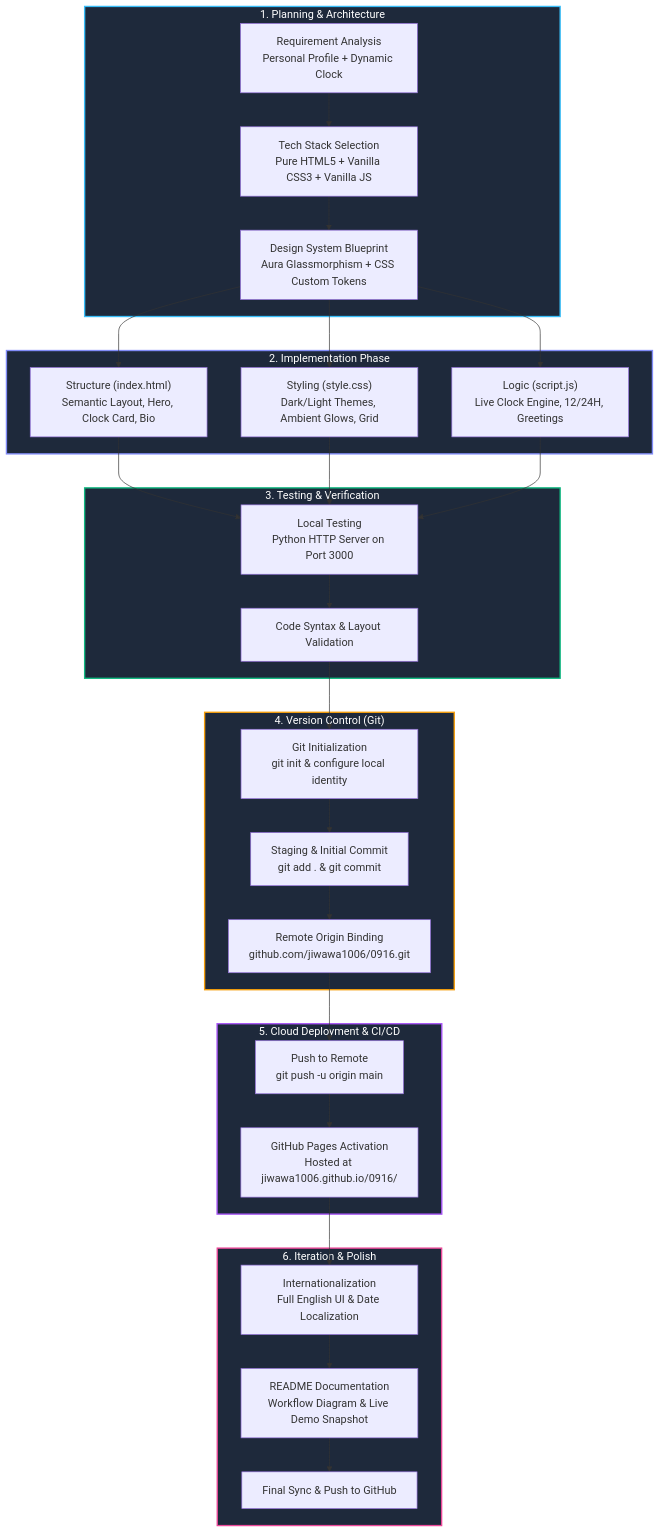
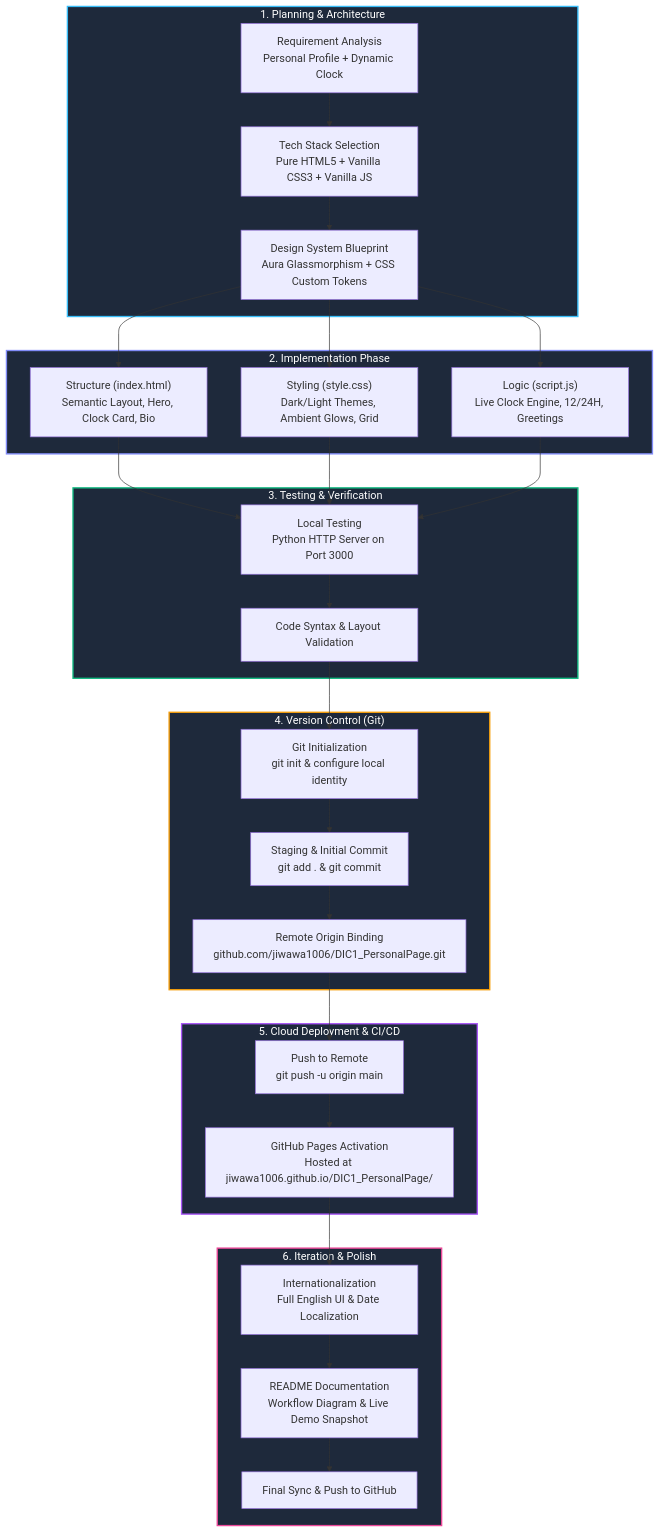
The diagram in README.md (jiwawa1006/0916), drawn with Mermaid before and after one commit. The commit also changed other lines of this file, not shown here.

Commit message:
docs: Update live demo and remote repository URLs to DIC1_PersonalPage

````diff
--- a/README.md
+++ b/README.md
@@ -35,49 +36,49 @@
 ```mermaid
 flowchart TD
     %% Stage 1
     subgraph S1["1. Planning & Architecture"]
         A["Requirement Analysis<br/>Personal Profile + Dynamic Clock"] --> B["Tech Stack Selection<br/>Pure HTML5 + Vanilla CSS3 + Vanilla JS"]
         B --> C["Design System Blueprint<br/>Aura Glassmorphism + CSS Custom Tokens"]
     end
 
     %% Stage 2
     subgraph S2["2. Implementation Phase"]
         C --> D["Structure (index.html)<br/>Semantic Layout, Hero, Clock Card, Bio"]
         C --> E["Styling (style.css)<br/>Dark/Light Themes, Ambient Glows, Grid"]
         C --> F["Logic (script.js)<br/>Live Clock Engine, 12/24H, Greetings"]
     end
 
     %% Stage 3
     subgraph S3["3. Testing & Verification"]
         D & E & F --> G["Local Testing<br/>Python HTTP Server on Port 3000"]
         G --> H["Code Syntax & Layout Validation"]
     end
 
     %% Stage 4
     subgraph S4["4. Version Control (Git)"]
         H --> I["Git Initialization<br/>git init & configure local identity"]
         I --> J["Staging & Initial Commit<br/>git add . & git commit"]
-        J --> K["Remote Origin Binding<br/>github.com/jiwawa1006/0916.git"]
+        J --> K["Remote Origin Binding<br/>github.com/jiwawa1006/DIC1_PersonalPage.git"]
     end
 
     %% Stage 5
     subgraph S5["5. Cloud Deployment & CI/CD"]
         K --> L["Push to Remote<br/>git push -u origin main"]
-        L --> M["GitHub Pages Activation<br/>Hosted at jiwawa1006.github.io/0916/"]
+        L --> M["GitHub Pages Activation<br/>Hosted at jiwawa1006.github.io/DIC1_PersonalPage/"]
     end
 
     %% Stage 6
     subgraph S6["6. Iteration & Polish"]
         M --> N["Internationalization<br/>Full English UI & Date Localization"]
         N --> O["README Documentation<br/>Workflow Diagram & Live Demo Snapshot"]
         O --> P["Final Sync & Push to GitHub"]
     end
 
     %% Styling
     style S1 fill:#1e293b,stroke:#38bdf8,stroke-width:2px,color:#fff
     style S2 fill:#1e293b,stroke:#818cf8,stroke-width:2px,color:#fff
     style S3 fill:#1e293b,stroke:#10b981,stroke-width:2px,color:#fff
     style S4 fill:#1e293b,stroke:#f59e0b,stroke-width:2px,color:#fff
     style S5 fill:#1e293b,stroke:#a855f7,stroke-width:2px,color:#fff
     style S6 fill:#1e293b,stroke:#ec4899,stroke-width:2px,color:#fff
 ```
````
